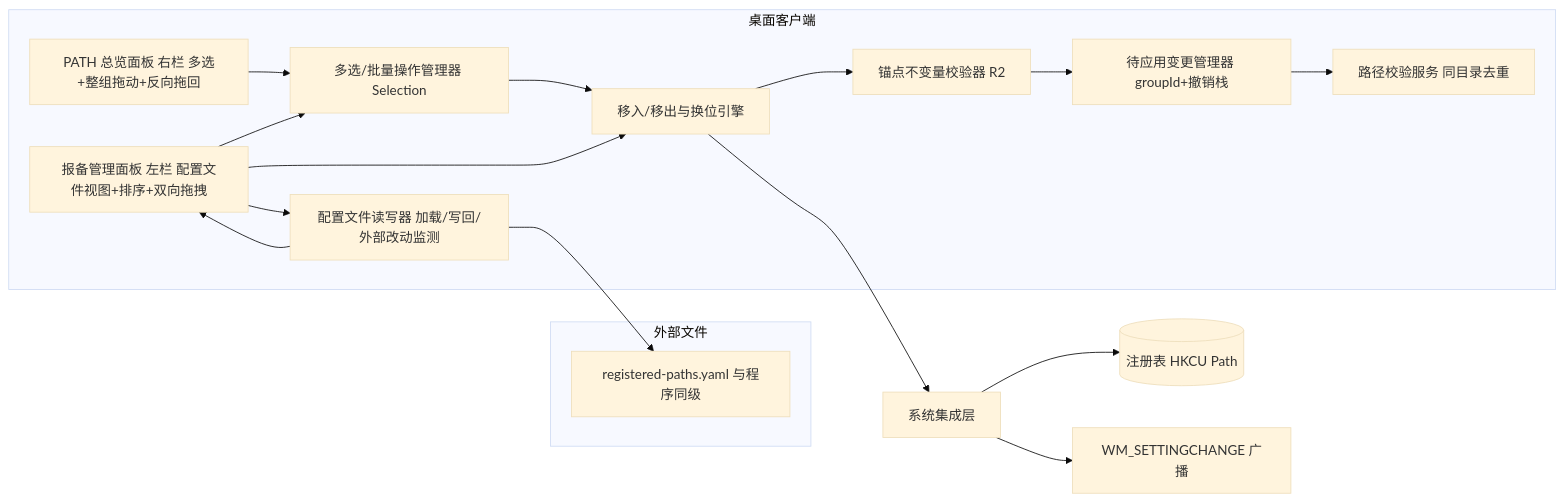
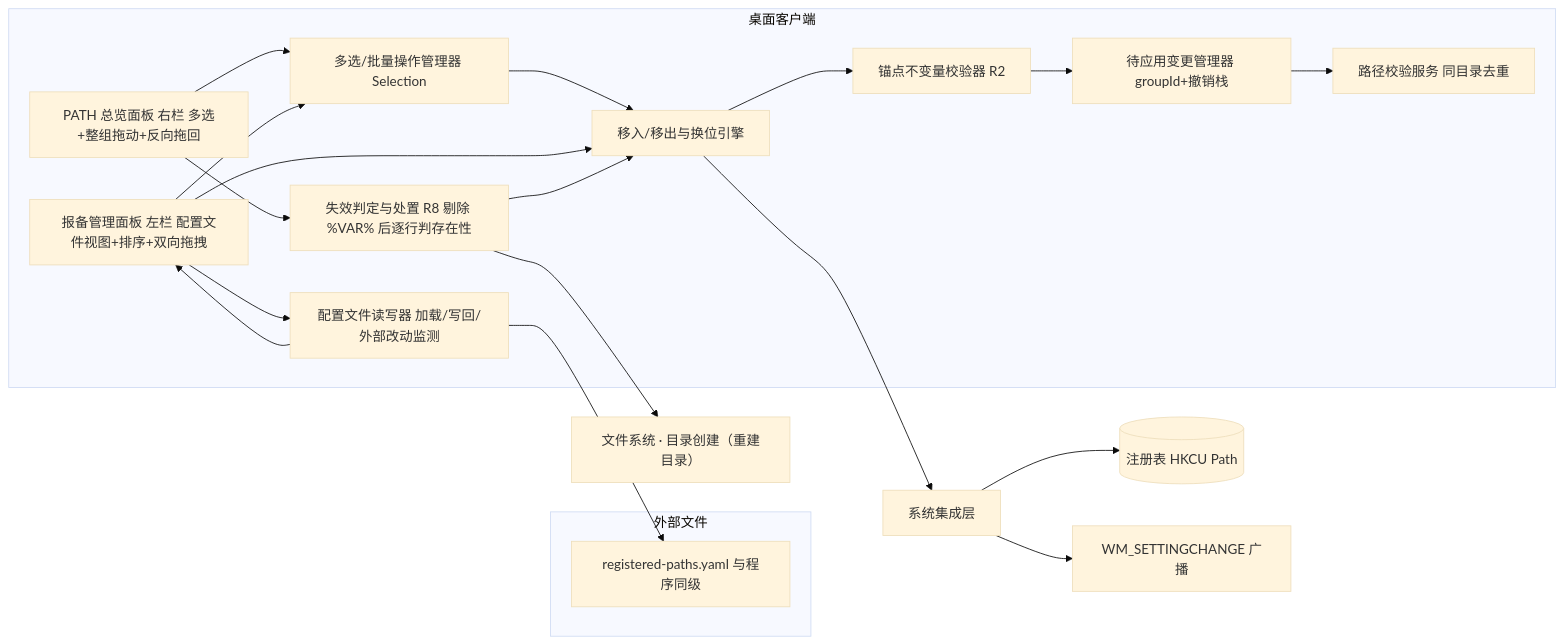
One commit to Adrts/tool2path changed the eighth of 8 diagrams in design/Design Doc.md. Above: the diagram before and after it, drawn with Mermaid (base theme). The commit also changed other lines of this file and 4 other files, not shown here.

````diff
--- a/design/Design Doc.md
+++ b/design/Design Doc.md
@@ -486,29 +603,33 @@
 ```mermaid
 flowchart LR
   subgraph FS[外部文件]
     F1[registered-paths.yaml 与程序同级]
   end
   subgraph UI[桌面客户端]
     A[报备管理面板 左栏 配置文件视图+排序+双向拖拽]
     B[PATH 总览面板 右栏 多选+整组拖动+反向拖回]
     C[配置文件读写器 加载/写回/外部改动监测]
     D[多选/批量操作管理器 Selection]
     E[移入/移出与换位引擎]
     F[锚点不变量校验器 R2]
     G[待应用变更管理器 groupId+撤销栈]
     H[路径校验服务 同目录去重]
+    L[失效判定与处置 R8 剔除 %VAR% 后逐行判存在性]
   end
   A --> C
   C --> F1
   C --> A
   B --> D
   A --> D
   D --> E
   E --> F
   F --> G
   G --> H
   A --> E
+  B --> L
+  L --> E
+  L --> FC["文件系统 · 目录创建（重建目录）"]
   E --> I[系统集成层]
   I --> J[(注册表 HKCU Path)]
   I --> K[WM_SETTINGCHANGE 广播]
 ```
````
